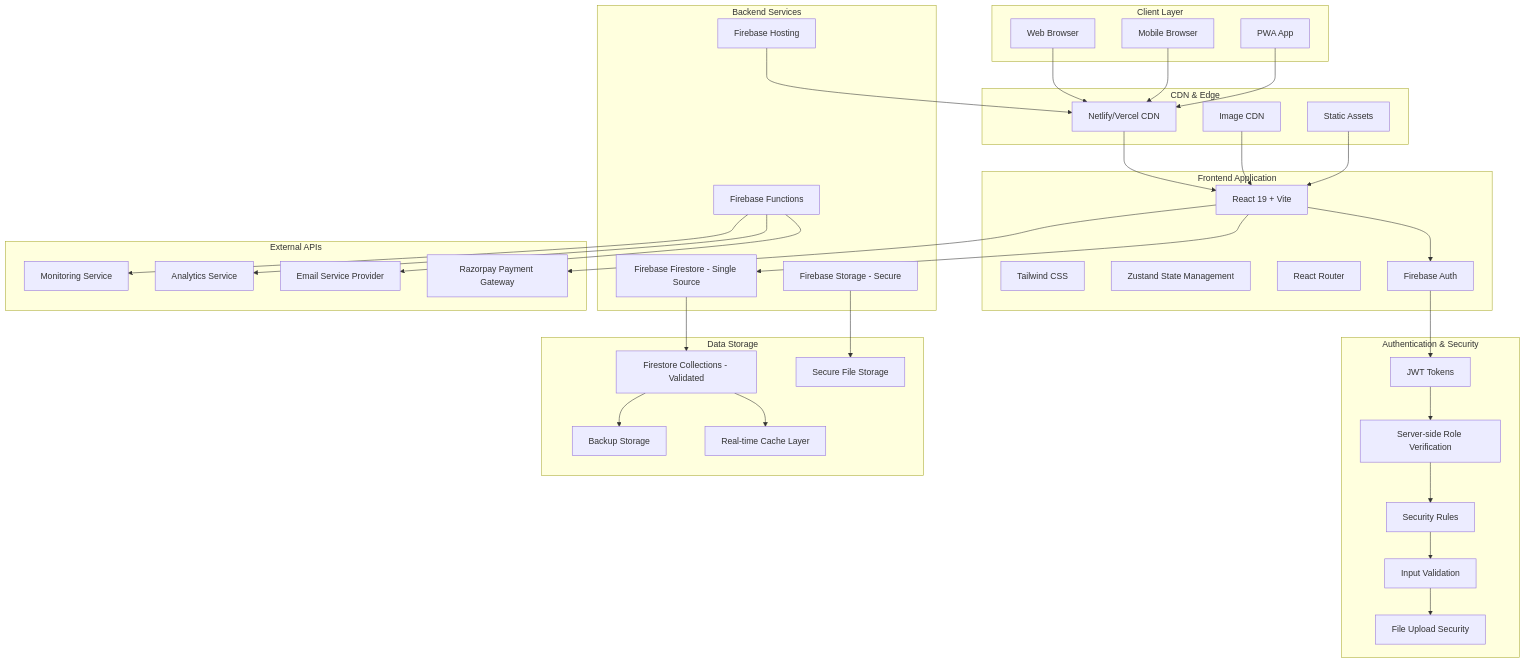
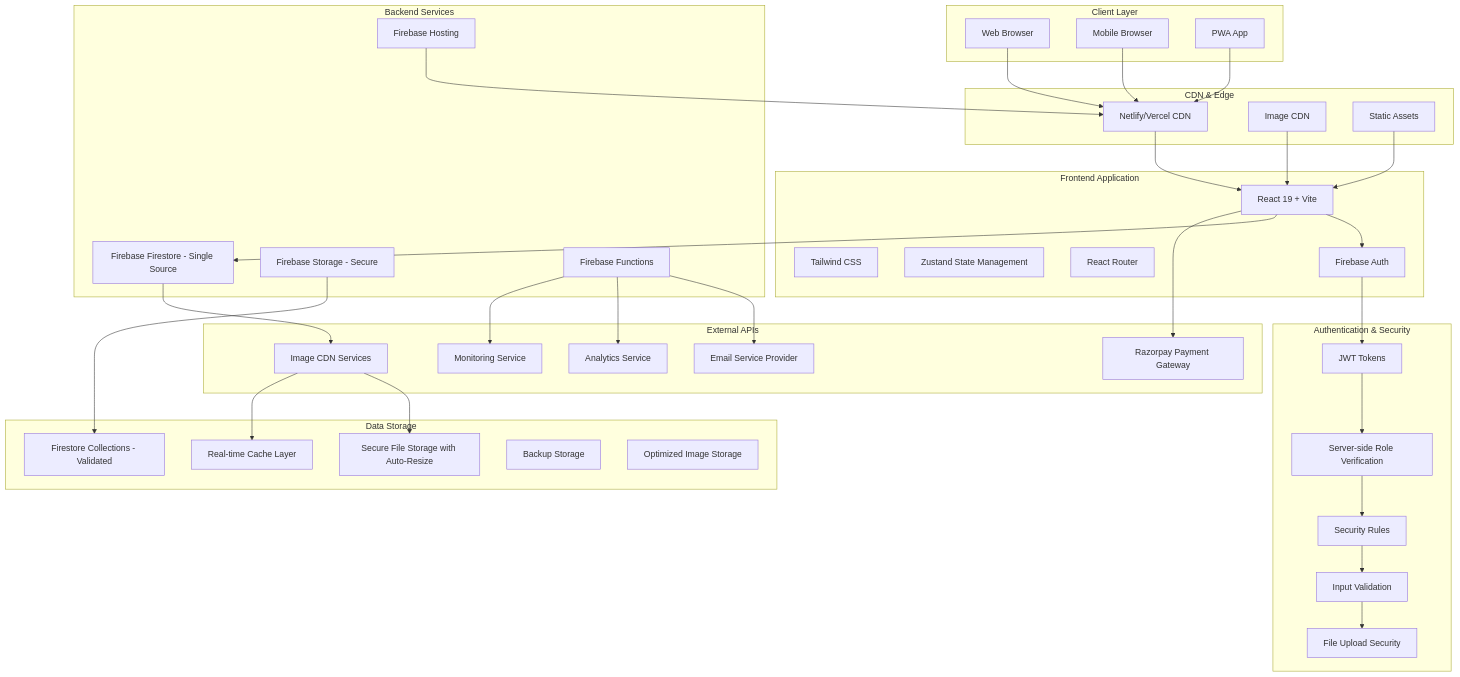
One commit to anathema43/diamo changed the first of 14 diagrams in SYSTEM_ARCHITECTURE.md. Above: the diagram before and after it, drawn with Mermaid. The commit also changed 4 other files, not shown here.

Commit message:
Initiative 2: Implement Image Optimization Strategy

````diff
--- a/SYSTEM_ARCHITECTURE.md
+++ b/SYSTEM_ARCHITECTURE.md
@@ -19,80 +19,82 @@
 ```mermaid
 graph TB
     subgraph "Client Layer"
         A[Web Browser]
         B[Mobile Browser]
         C[PWA App]
     end
     
     subgraph "CDN & Edge"
         D[Netlify/Vercel CDN]
         E[Image CDN]
         F[Static Assets]
     end
     
     subgraph "Frontend Application"
         G[React 19 + Vite]
         H[Tailwind CSS]
         I[Zustand State Management]
         J[React Router]
-        K[Responsive Image System]
+        K[Responsive Image Optimization System]
     end
     
     subgraph "Authentication & Security"
         K[Firebase Auth]
         L[JWT Tokens]
         M[Server-side Role Verification]
         N[Security Rules]
         O[Input Validation]
         P[File Upload Security]
     end
     
     subgraph "Backend Services"
         Q[Firebase Firestore - Single Source]
         R[Firebase Storage - Secure]
         S[Firebase Functions]
         T[Firebase Hosting]
     end
     
     subgraph "External APIs"
         U[Razorpay Payment Gateway]
         V[Email Service Provider]
         W[Analytics Service]
         X[Monitoring Service]
+        Y[Image CDN Services]
     end
     
     subgraph "Data Storage"
-        Y[Firestore Collections - Validated]
-        Z[Secure File Storage]
-        AA[Real-time Cache Layer]
-        BB[Backup Storage]
+        Z[Firestore Collections - Validated]
+        AA[Secure File Storage with Auto-Resize]
+        BB[Real-time Cache Layer]
+        CC[Backup Storage]
+        DD[Optimized Image Storage]
     end
     
     A --> D
     B --> D
     C --> D
     D --> G
     E --> G
     F --> G
     
     G --> K
     G --> Q
     G --> U
     
     K --> L
     L --> M
     M --> N
     N --> O
     O --> P
     
     Q --> Y
     R --> Z
     S --> V
     T --> D
     
     S --> W
     S --> X
     
     Y --> AA
     Y --> BB
 ```
````
